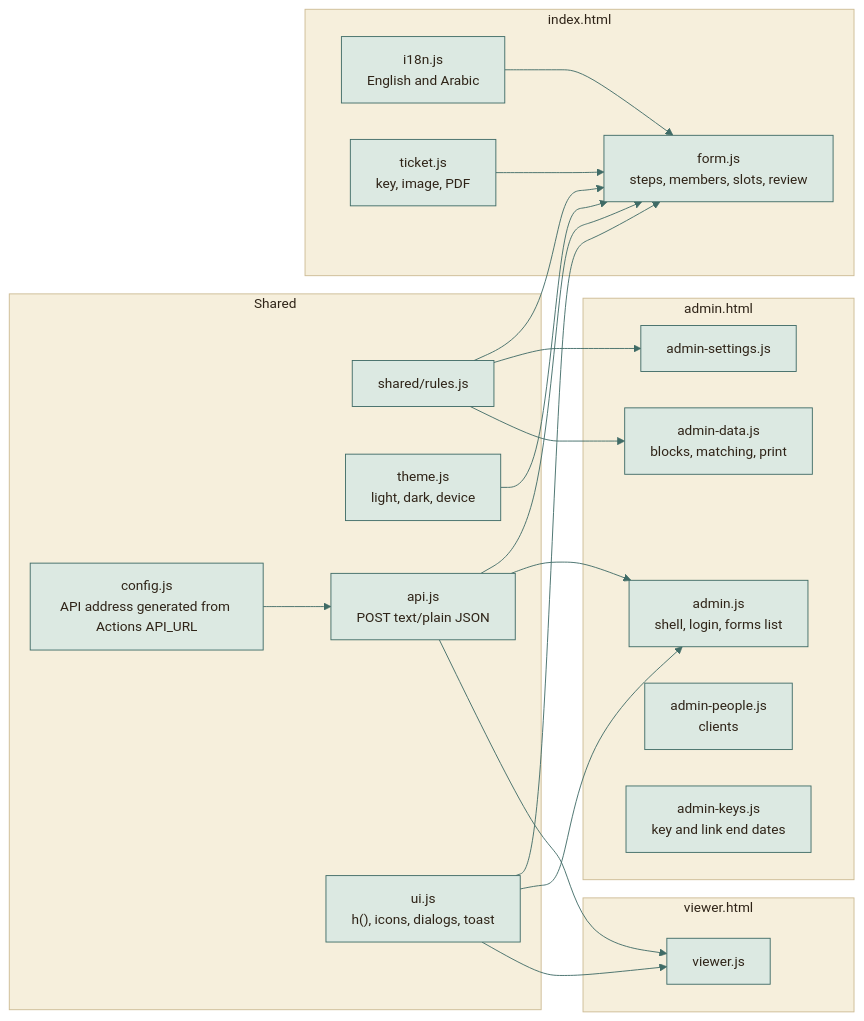
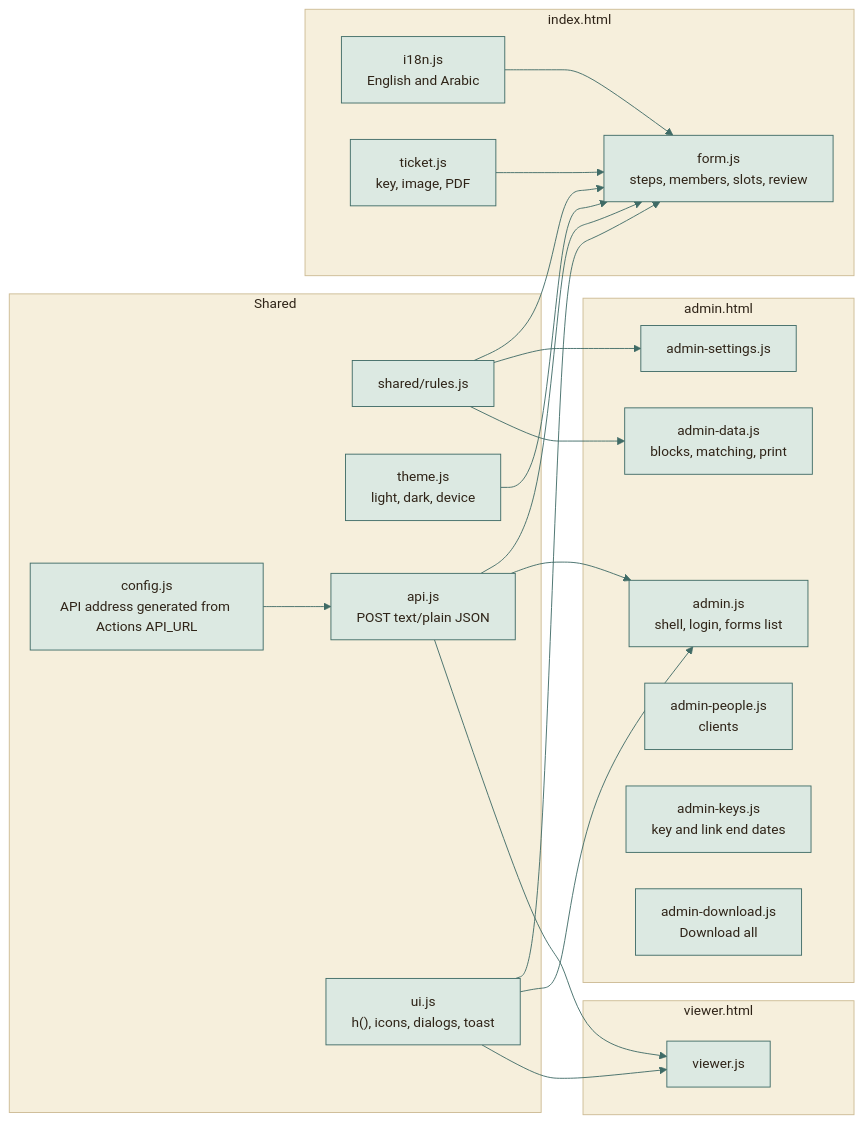
One commit to moyeh04/forms-platform changed the tenth of 12 diagrams in docs/architecture/ARCHITECTURE.md. Above: the diagram before and after it, drawn with Mermaid. The commit also changed other lines of this file and 6 other files, not shown here.

First line of the commit message:
docs: Describe Download all and the task deadline lock

````diff
--- a/docs/architecture/ARCHITECTURE.md
+++ b/docs/architecture/ARCHITECTURE.md
@@ -632,66 +646,67 @@
 ```mermaid
 %%{init: {
   'theme': 'base',
   'themeVariables': {
     'fontFamily': 'ui-sans-serif, system-ui, -apple-system, Segoe UI, Roboto, sans-serif',
     'fontSize': '15px',
     'primaryColor': '#DCE9E2', 'primaryBorderColor': '#3F6B66', 'primaryTextColor': '#2F2418',
     'secondaryColor': '#F0E4C8', 'secondaryBorderColor': '#C9A24A', 'secondaryTextColor': '#2F2418',
     'tertiaryColor': '#F6EFDC', 'tertiaryBorderColor': '#CDBB94', 'tertiaryTextColor': '#2F2418',
     'lineColor': '#3F6B66', 'textColor': '#2F2418', 'mainBkg': '#DCE9E2', 'nodeBorder': '#3F6B66',
     'clusterBkg': '#F6EFDC', 'clusterBorder': '#CDBB94', 'titleColor': '#2F2418',
     'edgeLabelBackground': '#F8F1DD',
     'actorBkg': '#DCE9E2', 'actorBorder': '#3F6B66', 'actorTextColor': '#2F2418', 'actorLineColor': '#8FB3AB',
     'signalColor': '#477A73', 'signalTextColor': '#477A73',
     'labelBoxBkgColor': '#F0E4C8', 'labelBoxBorderColor': '#C9A24A', 'labelTextColor': '#2F2418', 'loopTextColor': '#6A5A44',
     'noteBkgColor': '#FBEFC9', 'noteBorderColor': '#C9A24A', 'noteTextColor': '#2F2418',
     'activationBkgColor': '#DCE9E2', 'activationBorderColor': '#3F6B66', 'sequenceNumberColor': '#F8F1DD',
     'transitionColor': '#3F6B66', 'stateLabelColor': '#2F2418', 'stateBkg': '#DCE9E2', 'altBackground': '#F6EFDC',
     'attributeBackgroundColorOdd': '#F8F1DD', 'attributeBackgroundColorEven': '#F0E4C8'
   },
   'flowchart': {'curve': 'basis', 'padding': 14, 'nodeSpacing': 40, 'rankSpacing': 46},
   'sequence': {'mirrorActors': false, 'messageMargin': 34, 'boxMargin': 8}
 }}%%
 flowchart LR
     subgraph shared["Shared"]
         cfg["config.js<br/>API address generated from Actions API_URL"]
         rl["shared/rules.js"]
         th["theme.js<br/>light, dark, device"]
         api["api.js<br/>POST text/plain JSON"]
         ui["ui.js<br/>h(), icons, dialogs, toast"]
     end
     subgraph student["index.html"]
         i18n["i18n.js<br/>English and Arabic"]
         tk["ticket.js<br/>key, image, PDF"]
         fm["form.js<br/>steps, members, slots, review"]
     end
     subgraph adminp["admin.html"]
         a1["admin.js<br/>shell, login, forms list"]
         a2["admin-settings.js"]
         a3["admin-data.js<br/>blocks, matching, print"]
         a4["admin-people.js<br/>clients"]
         a5["admin-keys.js<br/>key and link end dates"]
+        a6["admin-download.js<br/>Download all"]
     end
     subgraph viewerp["viewer.html"]
         v1["viewer.js"]
     end
     cfg --> api
     api --> fm
     api --> a1
     api --> v1
     rl --> fm
     rl --> a2
     rl --> a3
     ui --> fm
     ui --> a1
     ui --> v1
     th --> fm
     i18n --> fm
     tk --> fm
     classDef cDb fill:#F3E2B3,stroke:#B8892D,stroke-width:1.5px,color:#2F2418
     classDef cActor fill:#F4D9D3,stroke:#9A3328,stroke-width:1.5px,color:#2F2418
     classDef cDec fill:#FBEFC9,stroke:#C9A24A,stroke-width:1.5px,color:#2F2418
     classDef cEnd fill:#2F2418,stroke:#2F2418,color:#F8F1DD
     classDef cErr fill:#F6D5CF,stroke:#A12B1F,stroke-width:1.5px,color:#5A140C
     classDef cOk fill:#BFD9CF,stroke:#2E5A55,stroke-width:1.5px,color:#17302D
 ```
````
